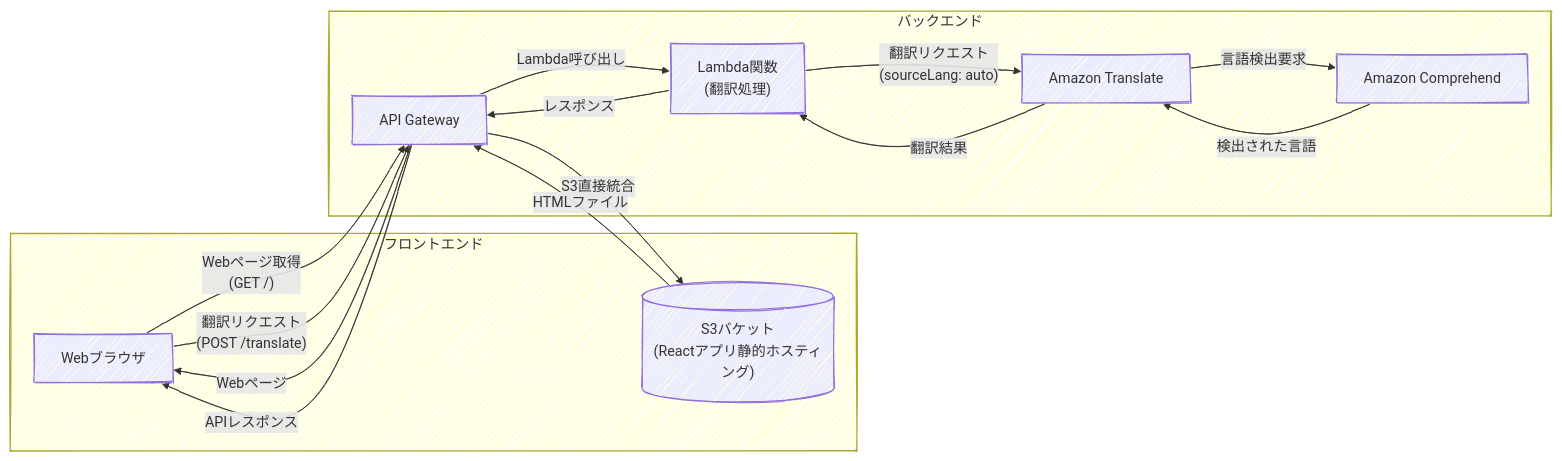
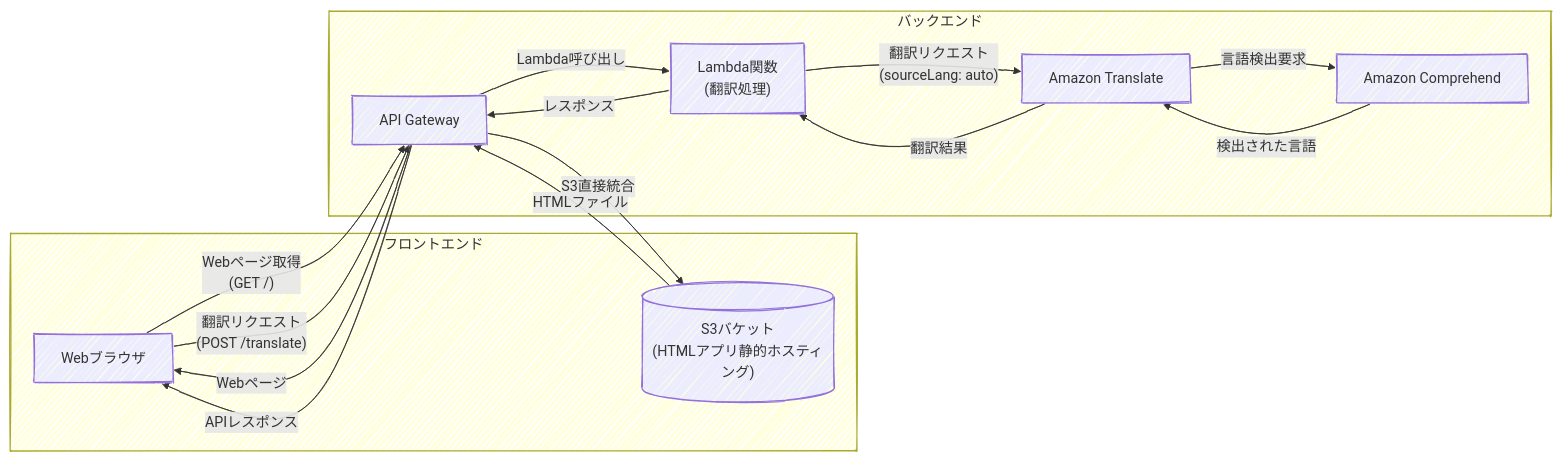
One commit to niizawat/cdk-conference-workshop-for-beginners changed the second of 2 diagrams in contents/slide/slide-workshop.md. Above: the diagram before and after it, drawn with Mermaid. The commit also changed other lines of this file and 5 other files, not shown here.

````diff
--- a/contents/slide/slide-workshop.md
+++ b/contents/slide/slide-workshop.md
@@ -195,27 +195,27 @@
 ```mermaid
 %%{init: {'theme':'default', 'look': 'handDrawn'}}%%
 graph LR
   subgraph "フロントエンド"
     A["Webブラウザ"]
-    B[("S3バケット<br/>(Reactアプリ静的ホスティング)")]
+    B[("S3バケット<br/>(HTMLアプリ静的ホスティング)")]
   end
 
   subgraph "バックエンド"
     C["API Gateway"]
     D["Lambda関数<br/>(翻訳処理)"]
     E["Amazon Translate"]
     F["Amazon Comprehend"]
     A-->|"Webページ取得<br/>(GET /)"|C
     C-->|"S3直接統合"|B
     B-->|"HTMLファイル"|C
     C-->|"Webページ"|A
     A-->|"翻訳リクエスト<br/>(POST /translate)"|C
     C-->|"Lambda呼び出し"|D
     D-->|"翻訳リクエスト<br/>(sourceLang: auto)"|E
     E-->|"言語検出要求"|F
     F-->|"検出された言語"|E
     E-->|"翻訳結果"|D
     D-->|"レスポンス"|C
     C-->|"APIレスポンス"|A
   end
 ```
````
